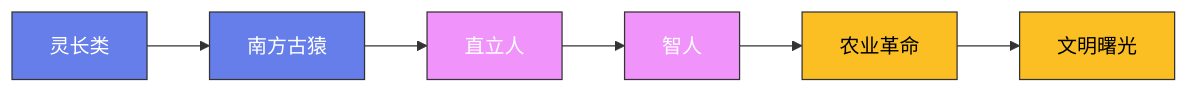
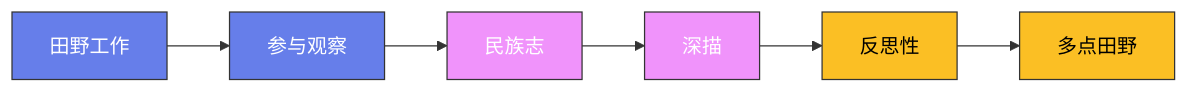
Before and after one commit to Fengur/Fengur.github.io: the diagram in content/posts/ModelCreate/人类学/01-人类学的诞生.md, drawn with Mermaid. The commit also changed other lines of this file and 118 other files, not shown here.

````diff
--- a/content/posts/ModelCreate/人类学/01-人类学的诞生.md
+++ b/content/posts/ModelCreate/人类学/01-人类学的诞生.md
@@ -23,16 +22,16 @@
 ```mermaid
 graph LR
-    A["灵长类"] --> B["南方古猿"]
-    B --> C["直立人"]
-    C --> D["智人"]
-    D --> E["农业革命"]
-    E --> F["文明曙光"]
+    A["田野工作"] --> B["参与观察"]
+    B --> C["民族志"]
+    C --> D["深描"]
+    D --> E["反思性"]
+    E --> F["多点田野"]
 
     classDef early fill:#667eea,stroke:#333,color:white
     classDef mid fill:#f093fb,stroke:#333,color:white
     classDef modern fill:#fbbf24,stroke:#333,color:black
 
     class A,B early
     class C,D mid
     class E,F modern
 ```
````
